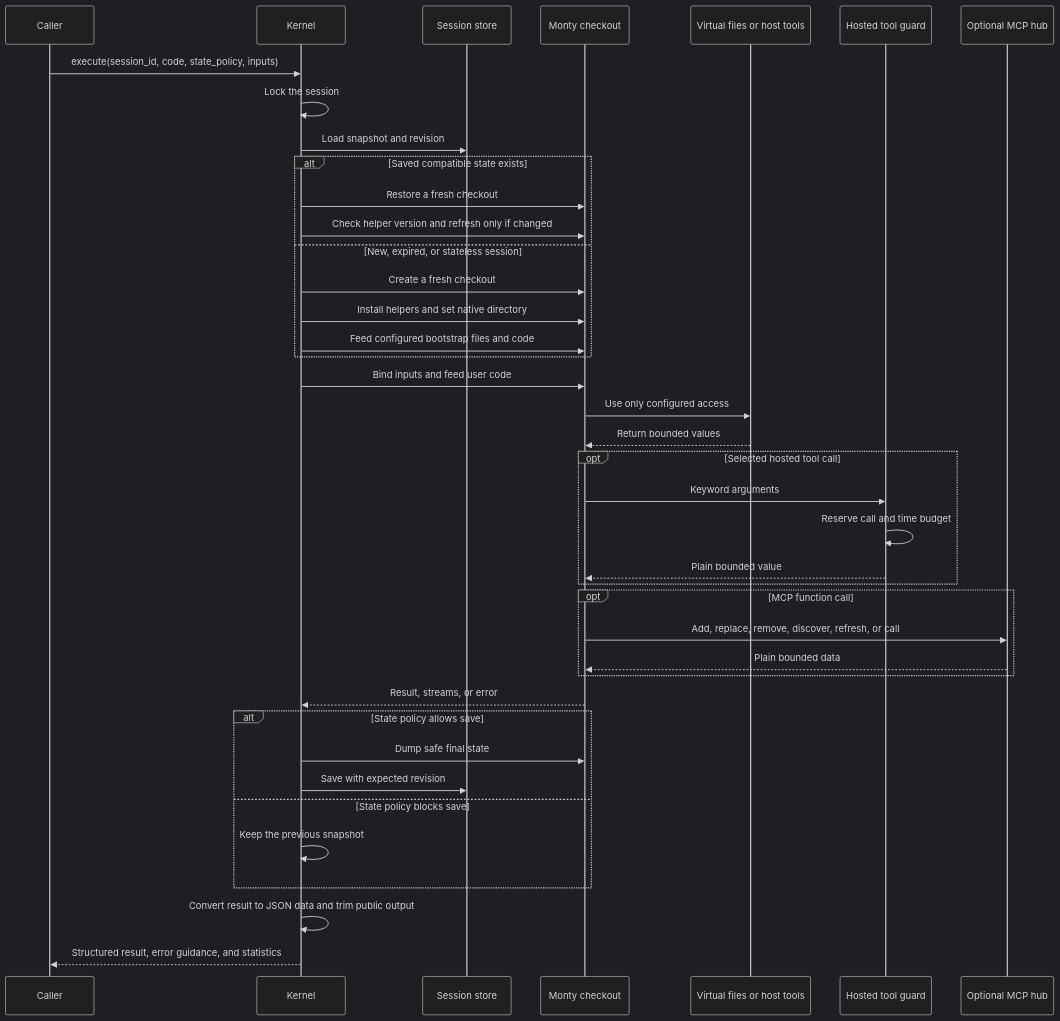
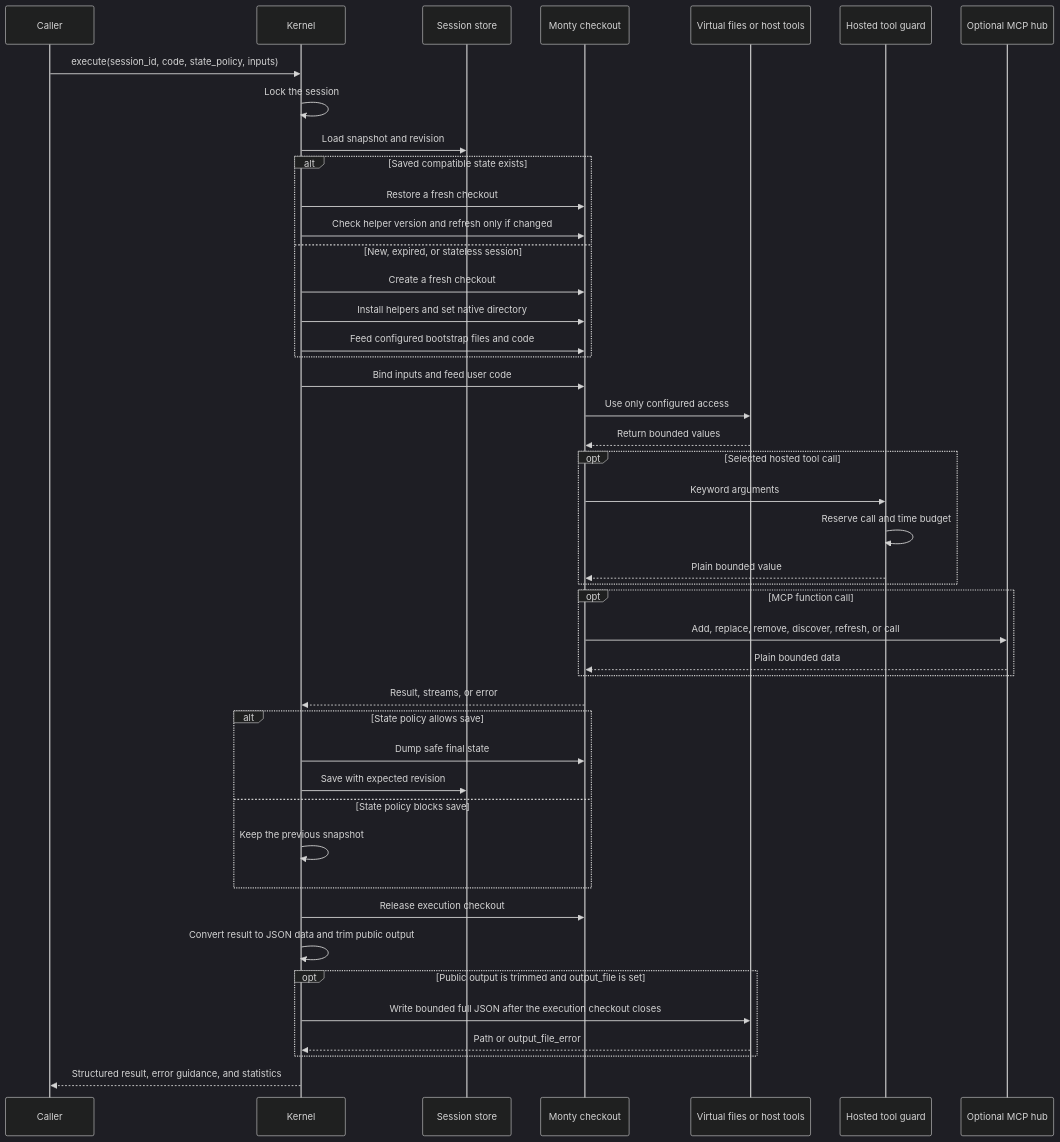
One commit to sgaseretto/arenero changed the second of 6 diagrams in docs/architecture.md. Above: the diagram before and after it, drawn with Mermaid (dark theme). The commit also changed other lines of this file and 23 other files, not shown here.

````diff
--- a/docs/architecture.md
+++ b/docs/architecture.md
@@ -137,43 +137,48 @@
 ```mermaid
 sequenceDiagram
     participant C as Caller
     participant K as Kernel
     participant S as Session store
     participant M as Monty checkout
     participant F as Virtual files or host tools
     participant T as Hosted tool guard
     participant H as Optional MCP hub
 
     C->>K: execute(session_id, code, state_policy, inputs)
     K->>K: Lock the session
     K->>S: Load snapshot and revision
     alt Saved compatible state exists
         K->>M: Restore a fresh checkout
         K->>M: Check helper version and refresh only if changed
     else New, expired, or stateless session
         K->>M: Create a fresh checkout
         K->>M: Install helpers and set native directory
         K->>M: Feed configured bootstrap files and code
     end
     K->>M: Bind inputs and feed user code
     M->>F: Use only configured access
     F-->>M: Return bounded values
     opt Selected hosted tool call
         M->>T: Keyword arguments
         T->>T: Reserve call and time budget
         T-->>M: Plain bounded value
     end
     opt MCP function call
         M->>H: Add, replace, remove, discover, refresh, or call
         H-->>M: Plain bounded data
     end
     M-->>K: Result, streams, or error
     alt State policy allows save
         K->>M: Dump safe final state
         K->>S: Save with expected revision
     else State policy blocks save
         K->>K: Keep the previous snapshot
     end
+    K->>M: Release execution checkout
     K->>K: Convert result to JSON data and trim public output
+    opt Public output is trimmed and output_file is set
+        K->>F: Write bounded full JSON after the execution checkout closes
+        F-->>K: Path or output_file_error
+    end
     K-->>C: Structured result, error guidance, and statistics
 ```
````
